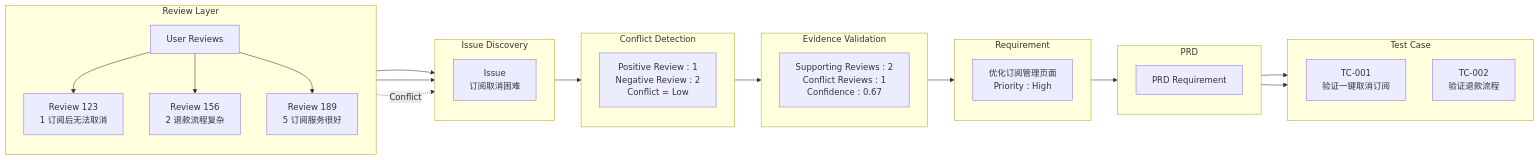
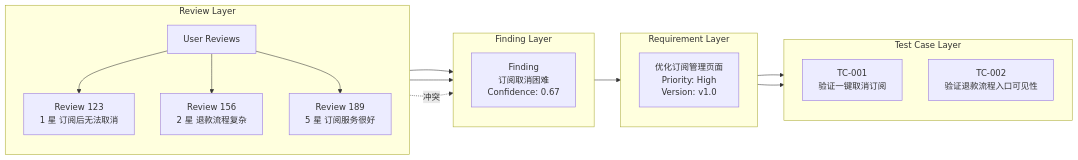
One commit to yanlinchen666/AppStore_The-entire-product-process changed the seventh of 8 diagrams in AppStore_vc/Project Documents/产品文档.md. Above: the diagram before and after it, drawn with Mermaid. The commit also changed other lines of this file and 49 other files, not shown here.

````diff
--- a/AppStore_vc/Project Documents/产品文档.md
+++ b/AppStore_vc/Project Documents/产品文档.md
@@ -462,67 +505,43 @@
 ```mermaid
 flowchart LR
 
 %% Review Layer
 subgraph L1["Review Layer"]
 direction TB
 R["User Reviews"]
-R1["Review 123<br/>1 订阅后无法取消"]
-R2["Review 156<br/>2 退款流程复杂"]
-R3["Review 189<br/>5 订阅服务很好"]
+R1["Review 123<br/>1 星 订阅后无法取消"]
+R2["Review 156<br/>2 星 退款流程复杂"]
+R3["Review 189<br/>5 星 订阅服务很好"]
 R --> R1
 R --> R2
 R --> R3
 end
 
-%% Issue
-subgraph L2["Issue Discovery"]
+%% Finding
+subgraph L2["Finding Layer"]
 direction TB
-I["Issue<br/>订阅取消困难"]
-end
-
-%% Conflict
-subgraph L3["Conflict Detection"]
-direction TB
-C["Positive Review : 1<br/>Negative Review : 2<br/>Conflict = Low"]
-end
-
-%% Evidence
-subgraph L4["Evidence Validation"]
-direction TB
-E["Supporting Reviews : 2<br/>Conflict Reviews : 1<br/>Confidence : 0.67"]
+I["Finding<br/>订阅取消困难<br/>Confidence: 0.67"]
 end
 
 %% Requirement
-subgraph L5["Requirement"]
+subgraph L3["Requirement Layer"]
 direction TB
-REQ["优化订阅管理页面<br/>Priority : High"]
+REQ["优化订阅管理页面<br/>Priority: High<br/>Version: v1.0"]
 end
 
-%% PRD
-subgraph L6["PRD"]
-direction TB
-P["PRD Requirement"]
-end
-
-%% Test
-subgraph L7["Test Case"]
+%% Test Case
+subgraph L4["Test Case Layer"]
 direction TB
 T1["TC-001<br/>验证一键取消订阅"]
-T2["TC-002<br/>验证退款流程"]
+T2["TC-002<br/>验证退款流程入口可见性"]
 end
 
 R1 --> I
 R2 --> I
-R3 -. Conflict .-> I
+R3 -. 冲突 .-> I
 
-I --> C
+I --> REQ
 
-C --> E
-
-E --> REQ
-
-REQ --> P
-
-P --> T1
-P --> T2
+REQ --> T1
+REQ --> T2
 ```
````
